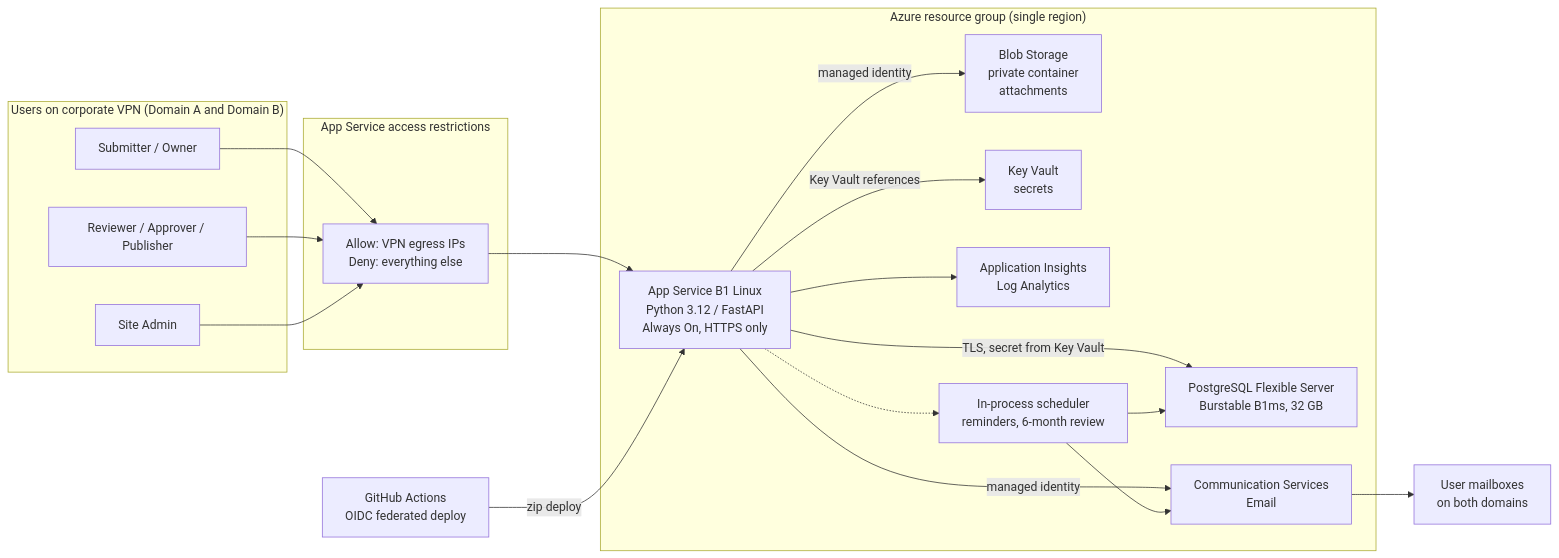
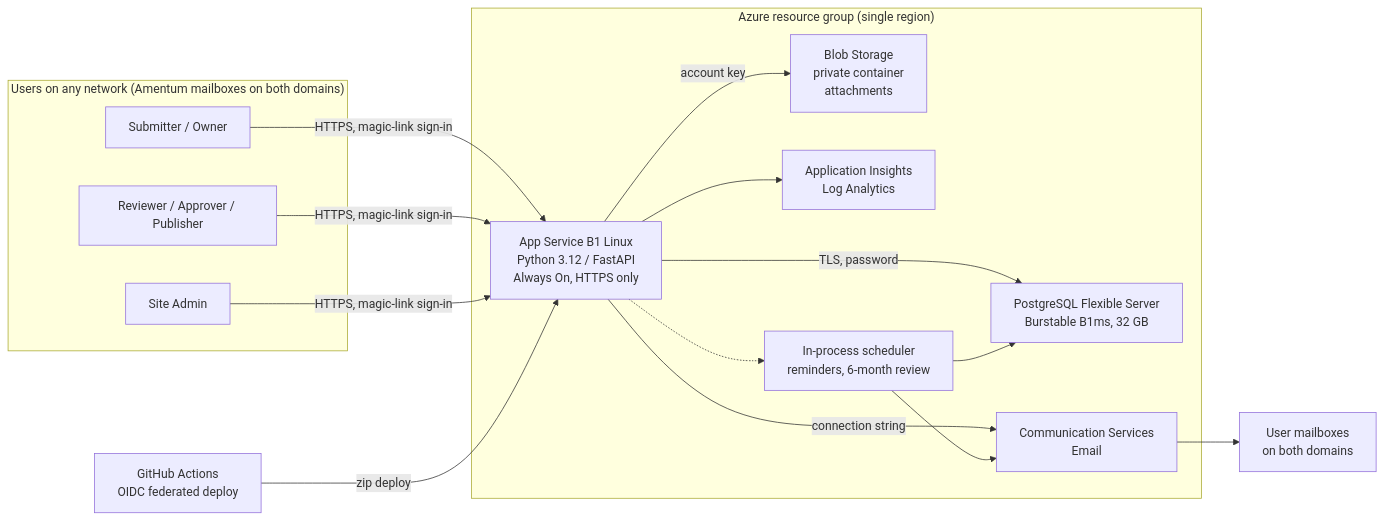
Before and after one commit to DRourke-87/SolutionsHub: the diagram in docs/01-solution-scope.md, drawn with Mermaid. The commit also changed other lines of this file and 13 other files, not shown here.

First line of the commit message:
Make endpoint public and use key-based service auth for Contributor-only deployment

````diff
--- a/docs/01-solution-scope.md
+++ b/docs/01-solution-scope.md
@@ -66,40 +68,33 @@
 ```mermaid
 flowchart LR
-    subgraph Users["Users on corporate VPN (Domain A and Domain B)"]
+    subgraph Users["Users on any network (Amentum mailboxes on both domains)"]
         U1["Submitter / Owner"]
         U2["Reviewer / Approver / Publisher"]
         U3["Site Admin"]
-    end
-
-    subgraph Edge["App Service access restrictions"]
-        IP["Allow: VPN egress IPs<br/>Deny: everything else"]
     end
 
     subgraph Azure["Azure resource group (single region)"]
         WEB["App Service B1 Linux<br/>Python 3.12 / FastAPI<br/>Always On, HTTPS only"]
         SQL["PostgreSQL Flexible Server<br/>Burstable B1ms, 32 GB"]
         BLOB["Blob Storage<br/>private container<br/>attachments"]
         ACS["Communication Services<br/>Email"]
-        KV["Key Vault<br/>secrets"]
         AI["Application Insights<br/>Log Analytics"]
         SCHED["In-process scheduler<br/>reminders, 6-month review"]
     end
 
     GH["GitHub Actions<br/>OIDC federated deploy"]
     MAIL["User mailboxes<br/>on both domains"]
 
-    U1 --> IP
-    U2 --> IP
-    U3 --> IP
-    IP --> WEB
-    WEB -- "TLS, secret from Key Vault" --> SQL
-    WEB -- "managed identity" --> BLOB
-    WEB -- "managed identity" --> ACS
-    WEB -- "Key Vault references" --> KV
+    U1 -- "HTTPS, magic-link sign-in" --> WEB
+    U2 -- "HTTPS, magic-link sign-in" --> WEB
+    U3 -- "HTTPS, magic-link sign-in" --> WEB
+    WEB -- "TLS, password" --> SQL
+    WEB -- "account key" --> BLOB
+    WEB -- "connection string" --> ACS
     WEB --> AI
     WEB -.-> SCHED
     SCHED --> SQL
     SCHED --> ACS
     ACS --> MAIL
     GH -- "zip deploy" --> WEB
 ```
````
